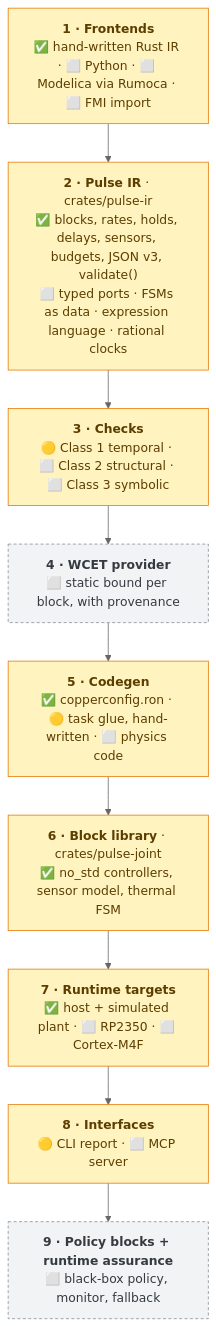
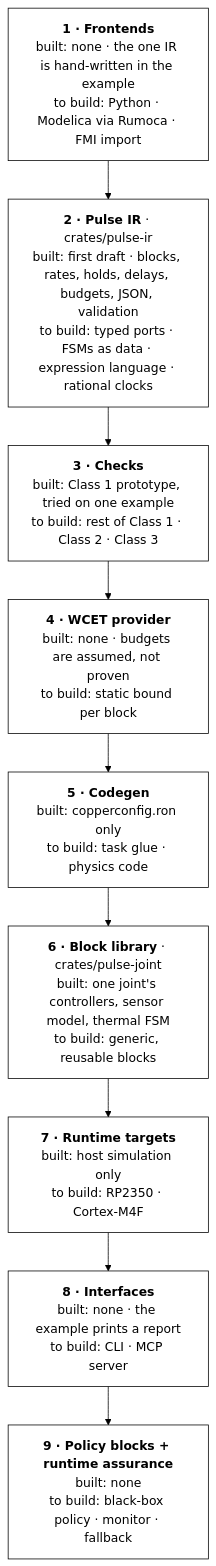
Before and after one commit to Aragosta/Pulse: the diagram in README.md, drawn with Mermaid (neutral theme). The commit also changed other lines of this file, not shown here.

Commit message:
README: black-and-white layers diagram, honest built/to-build status

````diff
--- a/README.md
+++ b/README.md
@@ -8,17 +8,17 @@
 ```mermaid
 flowchart TB
-    L1["<b>1 · Frontends</b><br/>✅ hand-written Rust IR · ⬜ Python · ⬜ Modelica via Rumoca · ⬜ FMI import"]:::partial
-    L2["<b>2 · Pulse IR</b> · crates/pulse-ir<br/>✅ blocks, rates, holds, delays, sensors, budgets, JSON v3, validate()<br/>⬜ typed ports · FSMs as data · expression language · rational clocks"]:::partial
-    L3["<b>3 · Checks</b><br/>🟡 Class 1 temporal · ⬜ Class 2 structural · ⬜ Class 3 symbolic"]:::partial
-    L4["<b>4 · WCET provider</b><br/>⬜ static bound per block, with provenance"]:::todo
-    L5["<b>5 · Codegen</b><br/>✅ copperconfig.ron · 🟡 task glue, hand-written · ⬜ physics code"]:::partial
-    L6["<b>6 · Block library</b> · crates/pulse-joint<br/>✅ no_std controllers, sensor model, thermal FSM"]:::partial
-    L7["<b>7 · Runtime targets</b><br/>✅ host + simulated plant · ⬜ RP2350 · ⬜ Cortex-M4F"]:::partial
-    L8["<b>8 · Interfaces</b><br/>🟡 CLI report · ⬜ MCP server"]:::partial
-    L9["<b>9 · Policy blocks + runtime assurance</b><br/>⬜ black-box policy, monitor, fallback"]:::todo
+    L1["<b>1 · Frontends</b><br/>built: none · the one IR is hand-written in the example<br/>to build: Python · Modelica via Rumoca · FMI import"]
+    L2["<b>2 · Pulse IR</b> · crates/pulse-ir<br/>built: first draft · blocks, rates, holds, delays, budgets, JSON, validation<br/>to build: typed ports · FSMs as data · expression language · rational clocks"]
+    L3["<b>3 · Checks</b><br/>built: Class 1 prototype, tried on one example<br/>to build: rest of Class 1 · Class 2 · Class 3"]
+    L4["<b>4 · WCET provider</b><br/>built: none · budgets are assumed, not proven<br/>to build: static bound per block"]
+    L5["<b>5 · Codegen</b><br/>built: copperconfig.ron only<br/>to build: task glue · physics code"]
+    L6["<b>6 · Block library</b> · crates/pulse-joint<br/>built: one joint's controllers, sensor model, thermal FSM<br/>to build: generic, reusable blocks"]
+    L7["<b>7 · Runtime targets</b><br/>built: host simulation only<br/>to build: RP2350 · Cortex-M4F"]
+    L8["<b>8 · Interfaces</b><br/>built: none · the example prints a report<br/>to build: CLI · MCP server"]
+    L9["<b>9 · Policy blocks + runtime assurance</b><br/>built: none<br/>to build: black-box policy · monitor · fallback"]
 
     L1 --> L2 --> L3 --> L4 --> L5 --> L6 --> L7 --> L8 --> L9
 
-    classDef partial fill:#fff3bf,stroke:#e67700,color:#5c3d00
-    classDef todo fill:#f1f3f5,stroke:#868e96,color:#343a40,stroke-dasharray:4 3
+    classDef default fill:#fff,stroke:#000,color:#000
+    linkStyle default stroke:#000
 ```
````
